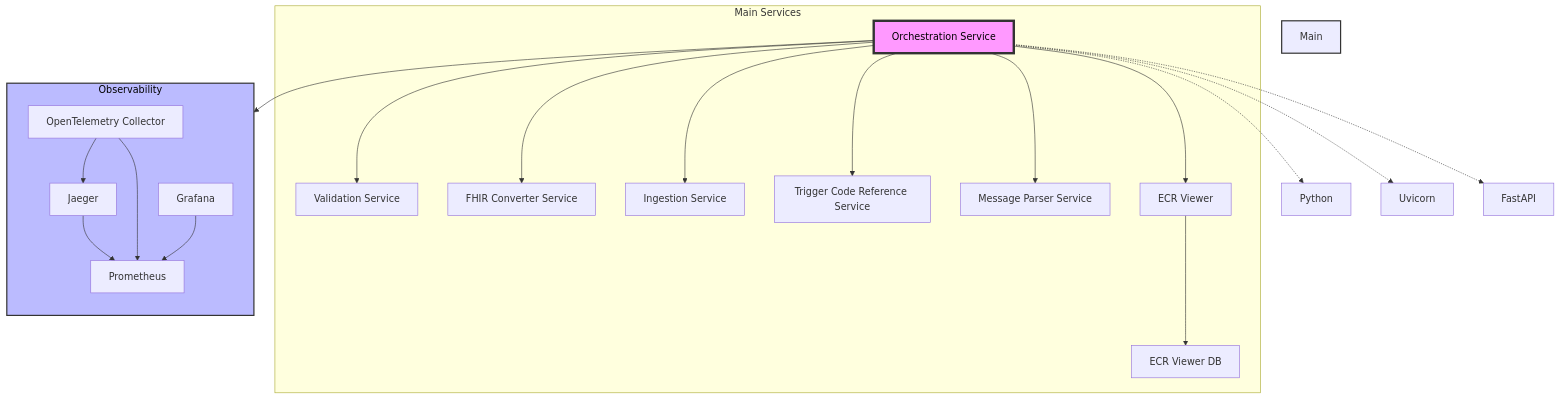
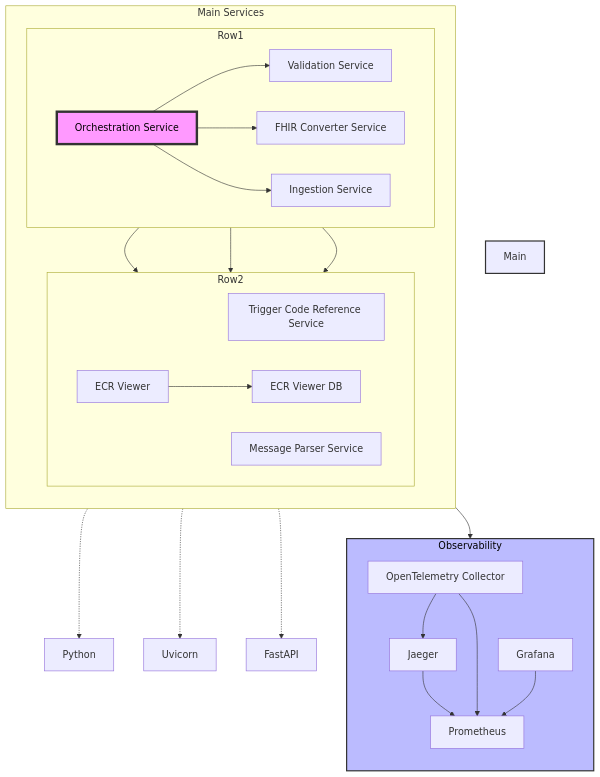
Before and after one commit to CDCgov/phdi: the first of 2 diagrams in containers/orchestration/README.md, drawn with Mermaid.

````diff
--- a/containers/orchestration/README.md
+++ b/containers/orchestration/README.md
@@ -92,35 +92,44 @@
 ```mermaid
 graph TD
     subgraph Main Services
+        direction TB
         A[Orchestration Service]
-        A --> B[Validation Service]
-        A --> C[FHIR Converter Service]
-        A --> D[Ingestion Service]
-        A --> E[Trigger Code Reference Service]
-        A --> F[Message Parser Service]
-        A --> G[ECR Viewer]
-        G --> H[ECR Viewer DB]
+
+        subgraph Row1
+            direction LR
+            A --> B[Validation Service]
+            A --> C[FHIR Converter Service]
+            A --> D[Ingestion Service]
+        end
+
+        subgraph Row2
+            direction LR
+            A --> E[Trigger Code Reference Service]
+            A --> F[Message Parser Service]
+            A --> G[ECR Viewer]
+            G --> H[ECR Viewer DB]
+        end
     end
 
     subgraph Observability
         direction TB
         I[Jaeger] --> J[Prometheus]
         K[OpenTelemetry Collector] --> J
         K --> I
         L[Grafana] --> J
     end
 
     A --> I
 
     M[Python]
     N[Uvicorn]
     O[FastAPI]
 
     A -.-> M
     A -.-> N
     A -.-> O
 
     style A fill:#f9f,stroke:#333,stroke-width:4px,color:#000
     style Main Services fill:#bbf,stroke:#333,stroke-width:2px
     style Observability fill:#bbf,stroke:#333,stroke-width:2px,color:#000
 ```
````
